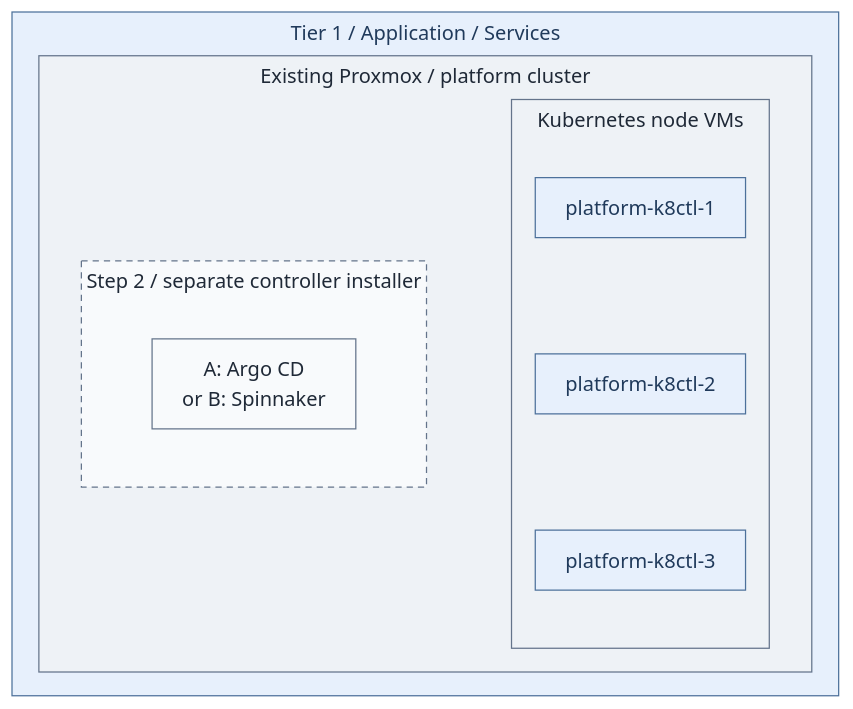
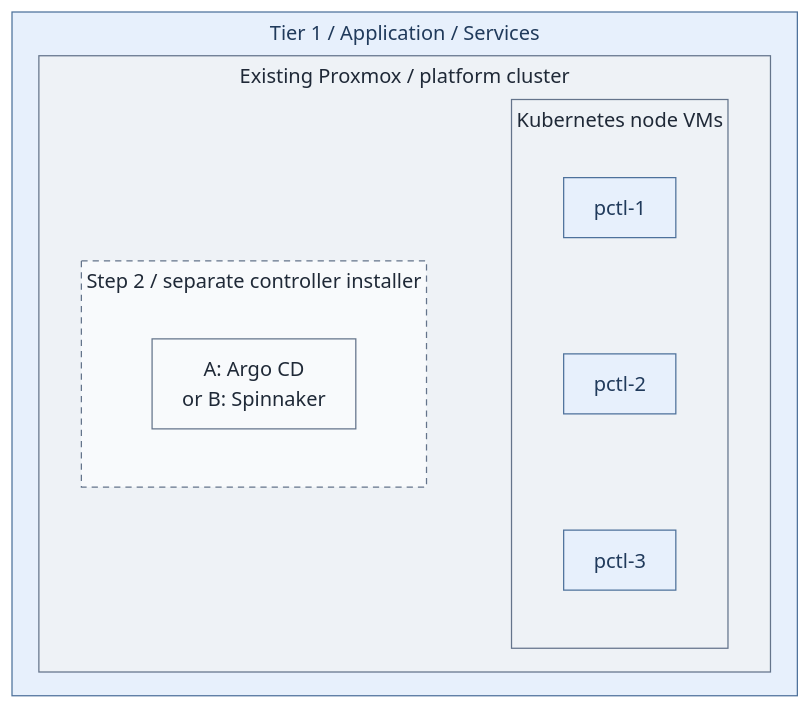
The diagram in docs/deployment/stage-7-delivery/README.md (Rexus/homelab), drawn with Mermaid before and after one commit. The commit also changed 78 other files, not shown here.

````diff
--- a/docs/deployment/stage-7-delivery/README.md
+++ b/docs/deployment/stage-7-delivery/README.md
@@ -43,28 +43,28 @@
 ```mermaid
 %%{init: {"theme":"base","flowchart":{"nodeSpacing":18,"rankSpacing":18,"padding":12,"subGraphTitleMargin":{"top":4,"bottom":12}},"themeVariables":{"lineColor":"#627581","edgeLabelBackground":"#f8fafc"}}}%%
 flowchart TB
   subgraph T1["Tier 1 / Application / Services"]
     direction LR
     subgraph PVE["Existing Proxmox / platform cluster"]
       direction LR
       subgraph Added["Step 2 / separate controller installer"]
         Controller["A: Argo CD<br/>or B: Spinnaker"]
       end
       subgraph Nodes["Kubernetes node VMs"]
         direction TB
-        CP1["platform-k8ctl-1"]
-        CP2["platform-k8ctl-2"]
-        CP3["platform-k8ctl-3"]
+        CP1["pctl-1"]
+        CP2["pctl-2"]
+        CP3["pctl-3"]
         CP1 ~~~ CP2 ~~~ CP3
       end
       Added ~~~ Nodes
     end
   end
   classDef default fill:#f8fafc,stroke:#64748b,color:#1f2937
   classDef services fill:#e7f0fc,stroke:#4d719b,color:#203a5b
   classDef boundary fill:#eef2f6,stroke:#64748b,color:#1f2937
   classDef replicas fill:#f8fafc,stroke:#64748b,color:#1f2937,stroke-dasharray:5 4
   class T1,CP1,CP2,CP3 services
   class PVE,Nodes boundary
   class Added replicas
 ```
````
